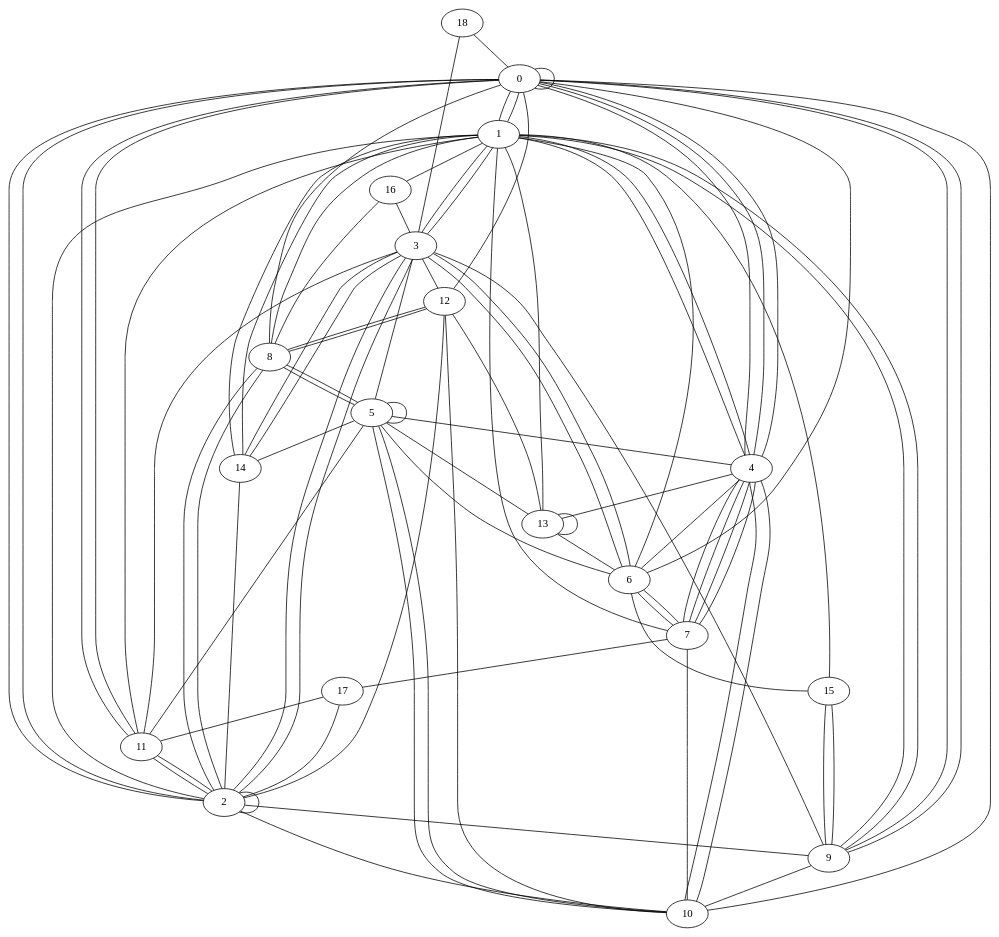
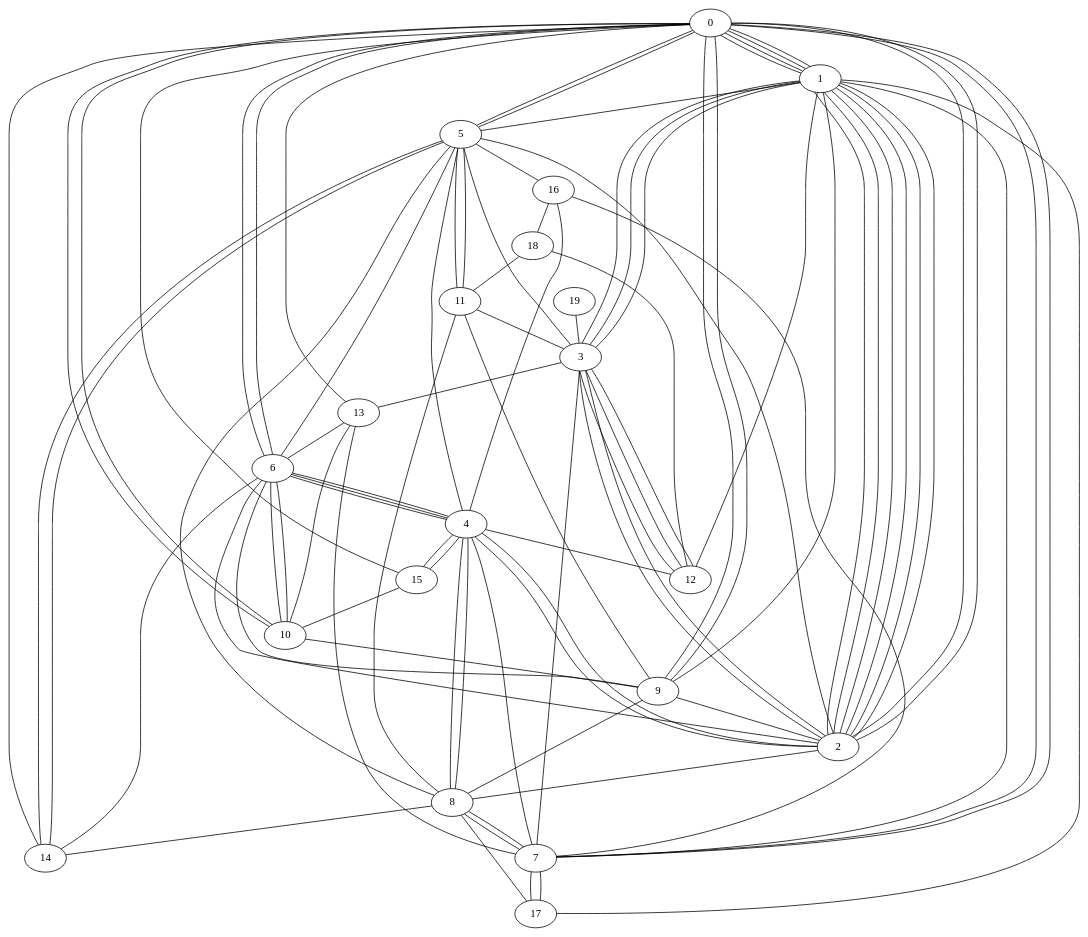
One commit to denizsurmeli/random-graph-generator changed the diagram in feeds/out/O-9-20-20-PM.dot. Above: the diagram before and after it, drawn with Graphviz. The commit also changed 68 other files, not shown here.

```diff
--- a/feeds/out/O-9-20-20-PM.dot
+++ b/feeds/out/O-9-20-20-PM.dot
@@ -1,110 +1,111 @@
 graph G {
 0;
 1;
 2;
 3;
 4;
 5;
 6;
 7;
 8;
 9;
 10;
 11;
 12;
 13;
 14;
 15;
 16;
 17;
 18;
-0--11 ;
+19;
+7--13 ;
+12--1 ;
+6--5 ;
+4--15 ;
+15--10 ;
+18--12 ;
+4--16 ;
+15--0 ;
+12--3 ;
+1--2 ;
+9--2 ;
+9--11 ;
+2--1 ;
+17--1 ;
+5--0 ;
+0--6 ;
+1--3 ;
+7--16 ;
+1--2 ;
+4--6 ;
+10--6 ;
+19--3 ;
+1--0 ;
+2--0 ;
+5--2 ;
+0--9 ;
+9--6 ;
+4--15 ;
+14--5 ;
+7--0 ;
+8--4 ;
+4--6 ;
+10--9 ;
+13--6 ;
+3--12 ;
+3--2 ;
+11--3 ;
+9--1 ;
+0--1 ;
+2--1 ;
+1--2 ;
+5--8 ;
+3--12 ;
+2--1 ;
+7--3 ;
+3--1 ;
+11--5 ;
+1--3 ;
+13--10 ;
+5--3 ;
+6--4 ;
+0--1 ;
+8--7 ;
+8--14 ;
+7--17 ;
+4--7 ;
+18--11 ;
+6--10 ;
+6--0 ;
+6--14 ;
+17--7 ;
+0--9 ;
+4--12 ;
+5--11 ;
+8--4 ;
+4--5 ;
+4--2 ;
+2--6 ;
+0--5 ;
+1--5 ;
+16--18 ;
+11--8 ;
+5--16 ;
+0--1 ;
+0--13 ;
+4--2 ;
+7--0 ;
+2--0 ;
+3--2 ;
+7--1 ;
+10--0 ;
+9--8 ;
+0--10 ;
+14--0 ;
+17--8 ;
+8--7 ;
 2--8 ;
-4--7 ;
-2--9 ;
-0--0 ;
+3--13 ;
 5--14 ;
-2--2 ;
-3--1 ;
-8--5 ;
-8--12 ;
-10--5 ;
-10--4 ;
-2--17 ;
-9--1 ;
-14--2 ;
-10--12 ;
-11--0 ;
-6--3 ;
-17--11 ;
-15--9 ;
-7--17 ;
-1--7 ;
-9--10 ;
-8--1 ;
-13--13 ;
-6--15 ;
-4--13 ;
-9--1 ;
-2--12 ;
-4--0 ;
-3--6 ;
-15--9 ;
-1--4 ;
-8--2 ;
-5--11 ;
-0--12 ;
-13--12 ;
-0--2 ;
-5--10 ;
-18--0 ;
-3--5 ;
-5--6 ;
-2--0 ;
-18--3 ;
-1--0 ;
-1--3 ;
-6--0 ;
-13--5 ;
-3--2 ;
-14--3 ;
-12--8 ;
-14--3 ;
-11--3 ;
-11--2 ;
-6--4 ;
-6--7 ;
-1--13 ;
-2--1 ;
-5--8 ;
-5--5 ;
-4--7 ;
-2--10 ;
-7--4 ;
-10--4 ;
-7--6 ;
-8--16 ;
-16--3 ;
-4--7 ;
-4--0 ;
-0--8 ;
-1--16 ;
-15--1 ;
-4--0 ;
-3--9 ;
-2--3 ;
-5--4 ;
-9--0 ;
-0--9 ;
-13--6 ;
-1--6 ;
-1--14 ;
-0--1 ;
-2--11 ;
-0--10 ;
-11--1 ;
-14--1 ;
-3--12 ;
-7--10 ;
-1--4 ;
 }
```
